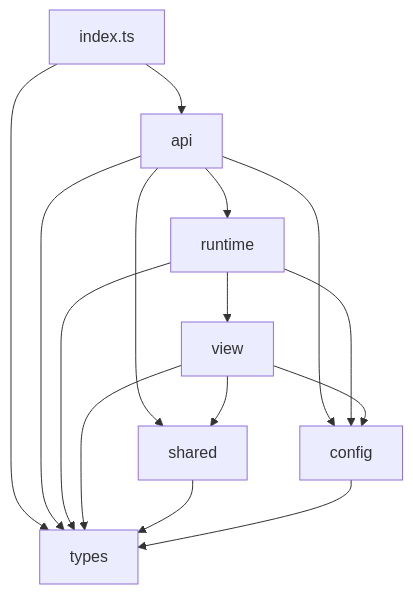
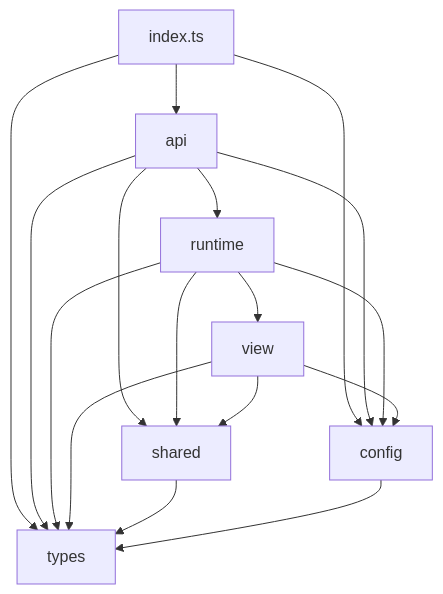
The diagram in DESIGN.md (xuyimingwork/vue-layerx), drawn with Mermaid before and after one commit. The commit also changed other lines of this file and 3 other files, not shown here.

````diff
--- a/DESIGN.md
+++ b/DESIGN.md
@@ -96,25 +96,27 @@
 ```mermaid
 flowchart TB
   index[index.ts]
   api[api]
   runtime[runtime]
   view[view]
   config[config]
   shared[shared]
   types[types]
 
   index --> api
   index --> types
+  index --> config
   api --> runtime
   api --> config
   api --> shared
   api --> types
   runtime --> view
   runtime --> config
+  runtime --> shared
   runtime --> types
   view --> config
   view --> shared
   view --> types
   shared --> types
   config --> types
 ```
````
